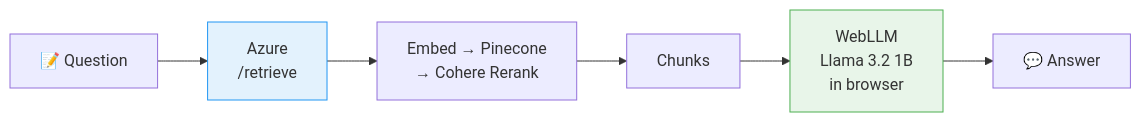
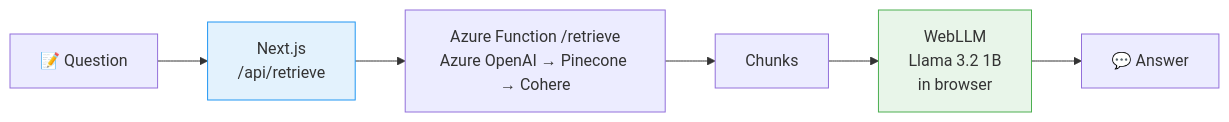
Before and after one commit to anant-j/AeroQuery: the fourth of 4 diagrams in README.md, drawn with Mermaid. The commit also changed other lines of this file and 12 other files, not shown here.

````diff
--- a/README.md
+++ b/README.md
@@ -65,11 +65,11 @@
 ```mermaid
 flowchart LR
-    A["📝 Question"] --> B["Azure\n/retrieve"]
-    B --> C["Embed → Pinecone\n→ Cohere Rerank"]
+    A["📝 Question"] --> B["Next.js\n/api/retrieve"]
+    B --> C["Azure Function /retrieve\nAzure OpenAI → Pinecone → Cohere"]
     C --> D["Chunks"]
     D --> E["WebLLM\nLlama 3.2 1B\nin browser"]
     E --> F["💬 Answer"]
 
     style B fill:#e3f2fd,stroke:#2196f3
     style E fill:#e8f5e9,stroke:#4caf50
 ```
````
